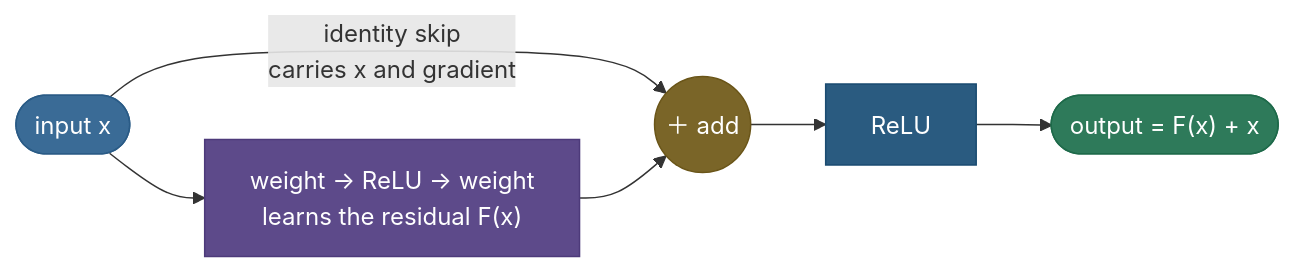
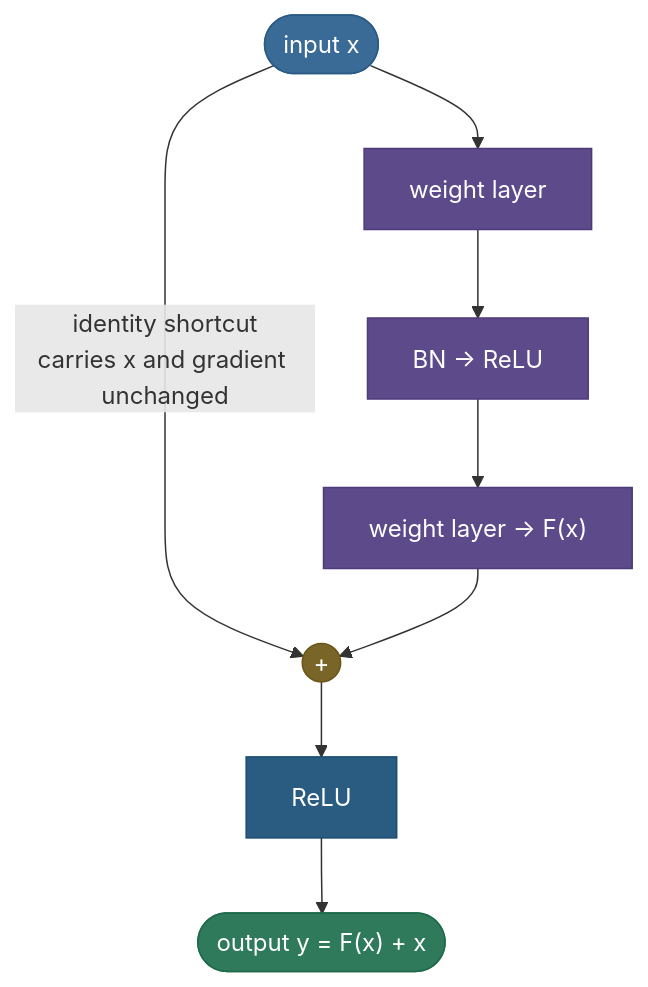
Before and after one commit to sudhir13s/AI-ML-learning-resources: the first of 5 diagrams in 05. Deep_Learning/concepts/18-Residual-Skip-Connections.md, drawn with Mermaid. The commit also changed other lines of this file and 5 other files, not shown here.

First line of the commit message:
feat(dl): elevate Residual/Skip-Connections concept page to gold standard

````diff
--- a/05. Deep_Learning/concepts/18-Residual-Skip-Connections.md
+++ b/05. Deep_Learning/concepts/18-Residual-Skip-Connections.md
@@ -45,14 +99,16 @@
 ```mermaid
-graph LR
-    X(["input x"]):::data --> F["weight → ReLU → weight<br/>learns the residual F(x)"]:::process
-    X -->|"identity skip<br/>carries x and gradient"| ADD(("＋ add")):::amber
-    F --> ADD
+graph TD
+    X(["input x"]):::data --> W1["weight layer"]:::process
+    W1 --> A1["BN → ReLU"]:::process
+    A1 --> W2["weight layer → F(x)"]:::process
+    X -->|"identity shortcut<br/>carries x and gradient unchanged"| ADD(("+")):::amber
+    W2 --> ADD
     ADD --> R["ReLU"]:::navy
-    R --> O(["output = F(x) + x"]):::out
+    R --> O(["output  y = F(x) + x"]):::out
 
     classDef data fill:#3A6B96,stroke:#2A5B86,color:#fff
     classDef process fill:#5D4A8A,stroke:#4D3A7A,color:#fff
     classDef amber fill:#7A6528,stroke:#6A5518,color:#fff
     classDef navy fill:#2A5B80,stroke:#1A4B70,color:#fff
     classDef out fill:#2E7A5A,stroke:#1E6A4A,color:#fff
 ```
````
